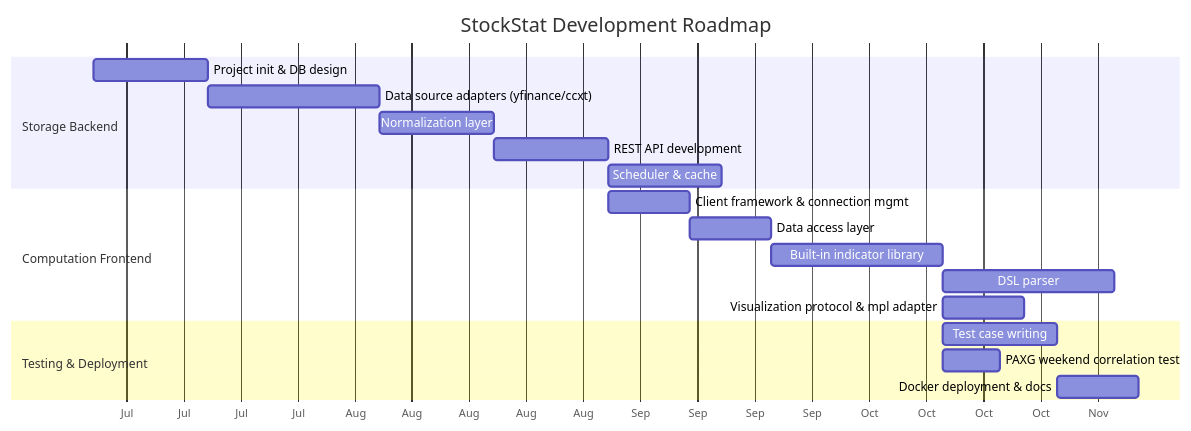
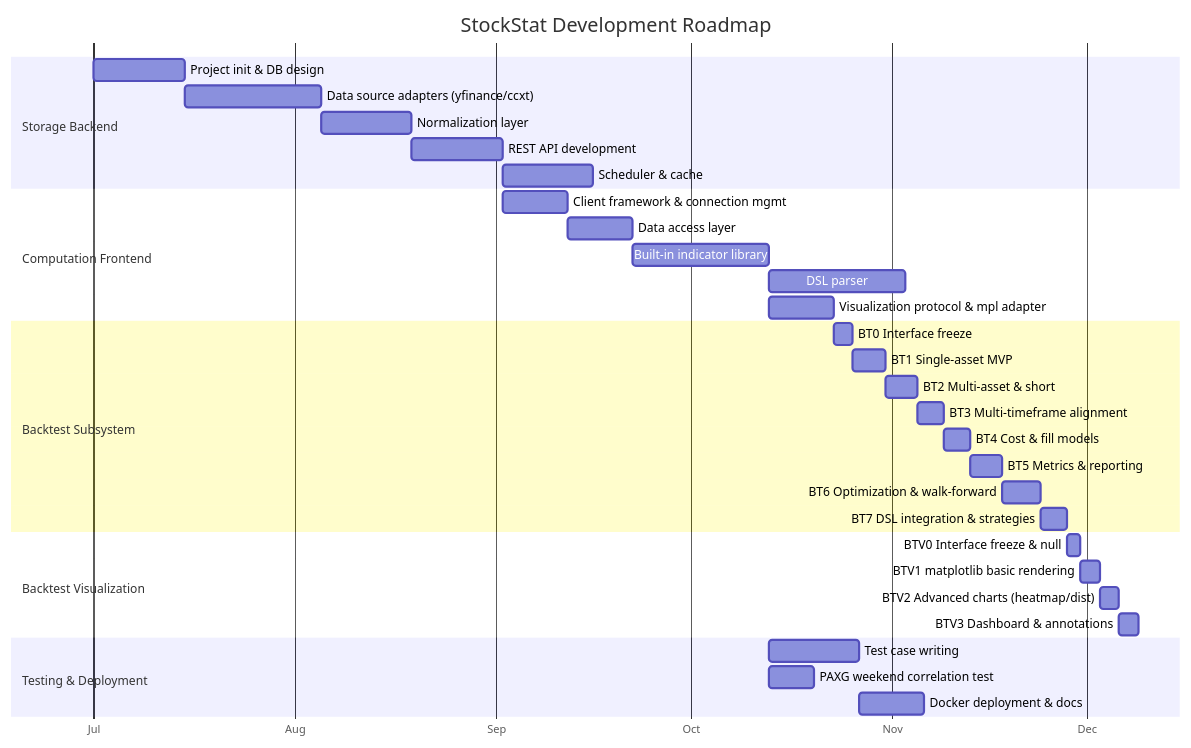
Before and after one commit to RESBI/StockStatistic: diagram 20 of 22 in DESIGN.md, drawn with Mermaid. The commit also changed other lines of this file and 83 other files, not shown here.

First line of the commit message:
Add backtest subsystem with visualization (BT-0~BT-7, BT-V0~V3)

````diff
--- a/DESIGN.md
+++ b/DESIGN.md
@@ -1632,25 +1672,41 @@
 ```mermaid
 gantt
     title StockStat Development Roadmap
     dateFormat  YYYY-MM-DD
     axisFormat  %b
 
     section Storage Backend
     Project init & DB design           :a1, 2026-07-01, 14d
     Data source adapters (yfinance/ccxt) :a2, after a1, 21d
     Normalization layer                :a3, after a2, 14d
     REST API development               :a4, after a3, 14d
     Scheduler & cache                  :a5, after a4, 14d
 
     section Computation Frontend
     Client framework & connection mgmt :b1, after a4, 10d
     Data access layer                  :b2, after b1, 10d
     Built-in indicator library         :b3, after b2, 21d
     DSL parser                         :b4, after b3, 21d
     Visualization protocol & mpl adapter :b5, after b3, 10d
 
+    section Backtest Subsystem
+    BT0 Interface freeze               :bt0, after b5, 3d
+    BT1 Single-asset MVP               :bt1, after bt0, 5d
+    BT2 Multi-asset & short            :bt2, after bt1, 5d
+    BT3 Multi-timeframe alignment      :bt3, after bt2, 4d
+    BT4 Cost & fill models             :bt4, after bt3, 4d
+    BT5 Metrics & reporting            :bt5, after bt4, 5d
+    BT6 Optimization & walk-forward    :bt6, after bt5, 6d
+    BT7 DSL integration & strategies   :bt7, after bt6, 4d
+
+    section Backtest Visualization
+    BTV0 Interface freeze & null       :btv0, after bt7, 2d
+    BTV1 matplotlib basic rendering    :btv1, after btv0, 3d
+    BTV2 Advanced charts (heatmap/dist) :btv2, after btv1, 3d
+    BTV3 Dashboard & annotations       :btv3, after btv2, 3d
+
     section Testing & Deployment
     Test case writing                  :c1, after b3, 14d
     PAXG weekend correlation test      :c2, after b3, 7d
     Docker deployment & docs           :c3, after c1, 10d
 ```
````
